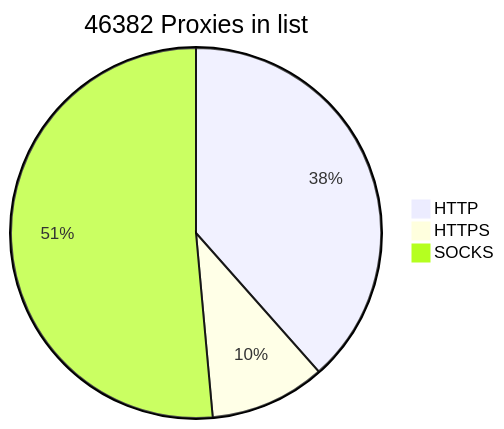
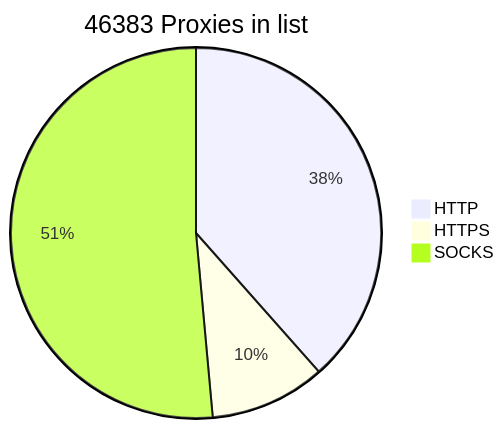
The diagram in README.md (BlackSnowDot/proxylist-update-every-minute), drawn with Mermaid before and after one commit.

````diff
--- a/README.md
+++ b/README.md
@@ -2,6 +2,6 @@
 ```mermaid
-pie title 46382 Proxies in list
+pie title 46383 Proxies in list
     "HTTP" : 19549
     "HTTPS": 5129
-    "SOCKS" : 26145
+    "SOCKS" : 26146
 ```
````
